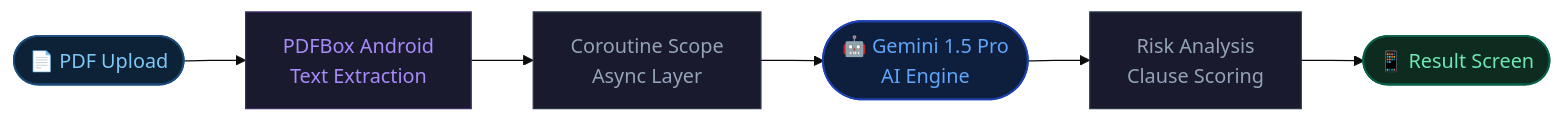
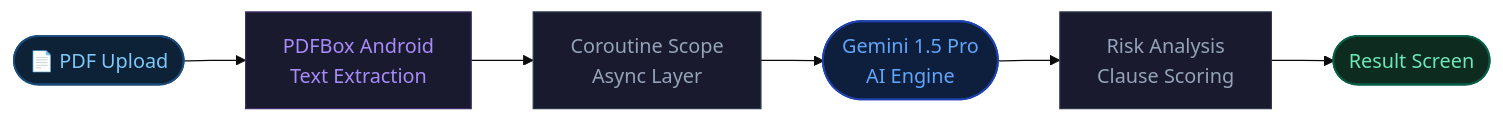
Before and after one commit to vaanikpandit2825/ContractLens: the diagram in README.md, drawn with Mermaid (base theme). The commit also changed other lines of this file, not shown here.

````diff
--- a/README.md
+++ b/README.md
@@ -133,15 +133,15 @@
 ```mermaid
 flowchart LR
     A([📄 PDF Upload]) --> B[PDFBox Android\nText Extraction]
     B --> C[Coroutine Scope\nAsync Layer]
-    C --> D([🤖 Gemini 1.5 Pro\nAI Engine])
+    C --> D([ Gemini 1.5 Pro\nAI Engine])
     D --> E[Risk Analysis\nClause Scoring]
-    E --> F([📱 Result Screen])
+    E --> F([ Result Screen])
 
     style A fill:#0d2137,color:#7ec8f7,stroke:#1a4a7a,stroke-width:1.5px
     style B fill:#1a1a2e,color:#a78bfa,stroke:#3d2d6b,stroke-width:1px
     style C fill:#1a1a2e,color:#94a3b8,stroke:#2d3748,stroke-width:1px
     style D fill:#0d1f3c,color:#60a5fa,stroke:#1e40af,stroke-width:1.5px
     style E fill:#1a1a2e,color:#94a3b8,stroke:#2d3748,stroke-width:1px
     style F fill:#0d2b1f,color:#6ee7b7,stroke:#065f46,stroke-width:1.5px
 ```
````
